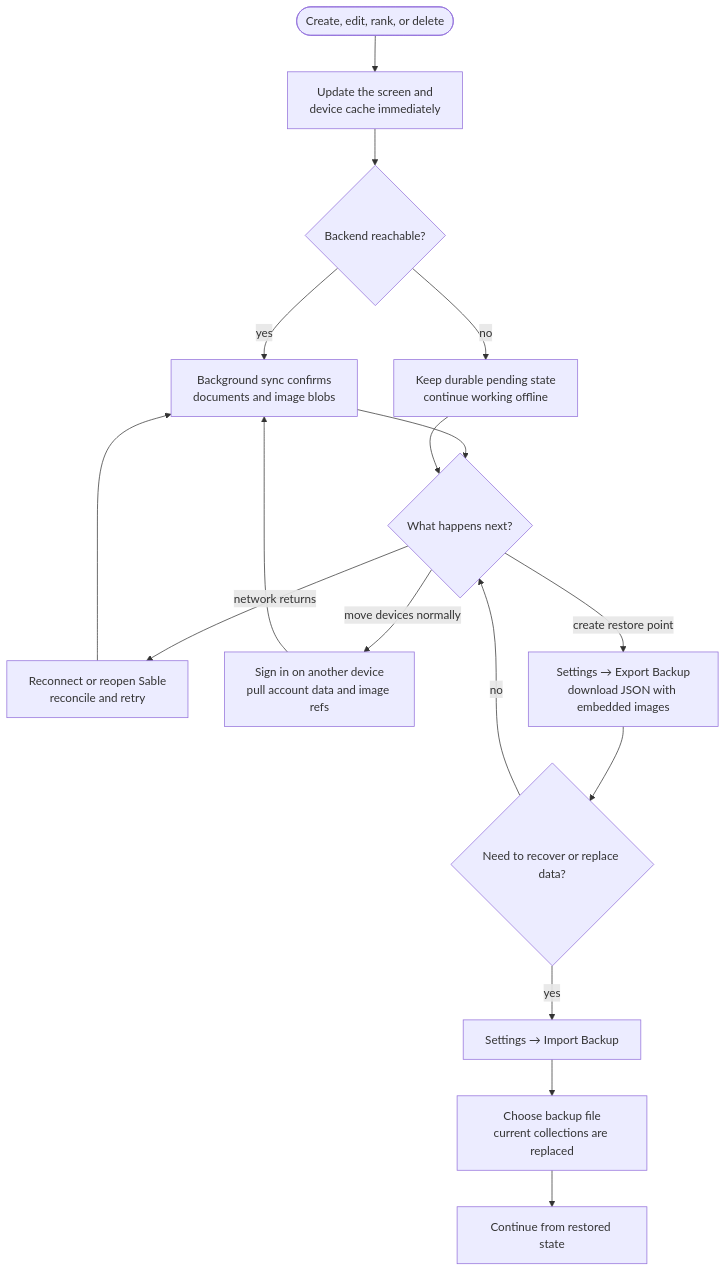
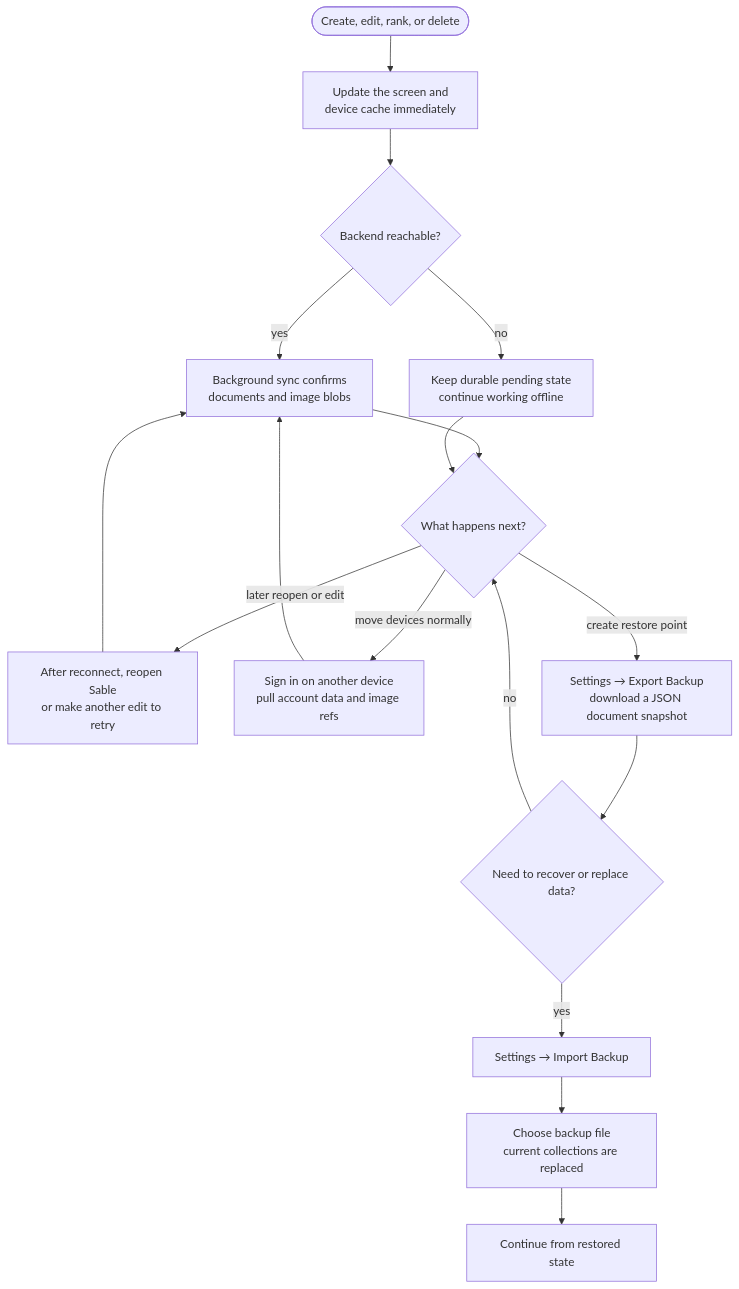
Before and after one commit to Pritesh1980/sable: the sixth of 6 diagrams in docs/USER-WORKFLOWS.md, drawn with Mermaid. The commit also changed other lines of this file and 3 other files, not shown here.

Commit message:
docs(architecture): correct runtime limits

````diff
--- a/docs/USER-WORKFLOWS.md
+++ b/docs/USER-WORKFLOWS.md
@@ -233,25 +237,25 @@
 ```mermaid
 flowchart TB
   EDIT(["Create, edit, rank, or delete"])
   LOCAL["Update the screen and<br/>device cache immediately"]
   ONLINE{"Backend reachable?"}
   SYNC["Background sync confirms<br/>documents and image blobs"]
   DIRTY["Keep durable pending state<br/>continue working offline"]
   RETURN{"What happens next?"}
-  RETRY["Reconnect or reopen Sable<br/>reconcile and retry"]
+  RETRY["After reconnect, reopen Sable<br/>or make another edit to retry"]
   DEVICE["Sign in on another device<br/>pull account data and image refs"]
-  BACKUP["Settings → Export Backup<br/>download JSON with embedded images"]
+  BACKUP["Settings → Export Backup<br/>download a JSON document snapshot"]
   LOSS{"Need to recover or replace data?"}
   IMPORT["Settings → Import Backup"]
   REPLACE["Choose backup file<br/>current collections are replaced"]
   RESTORED["Continue from restored state"]
 
   EDIT --> LOCAL --> ONLINE
   ONLINE -- yes --> SYNC --> RETURN
   ONLINE -- no --> DIRTY --> RETURN
-  RETURN -- "network returns" --> RETRY --> SYNC
+  RETURN -- "later reopen or edit" --> RETRY --> SYNC
   RETURN -- "move devices normally" --> DEVICE --> SYNC
   RETURN -- "create restore point" --> BACKUP --> LOSS
   LOSS -- yes --> IMPORT --> REPLACE --> RESTORED
   LOSS -- no --> RETURN
 ```
````
